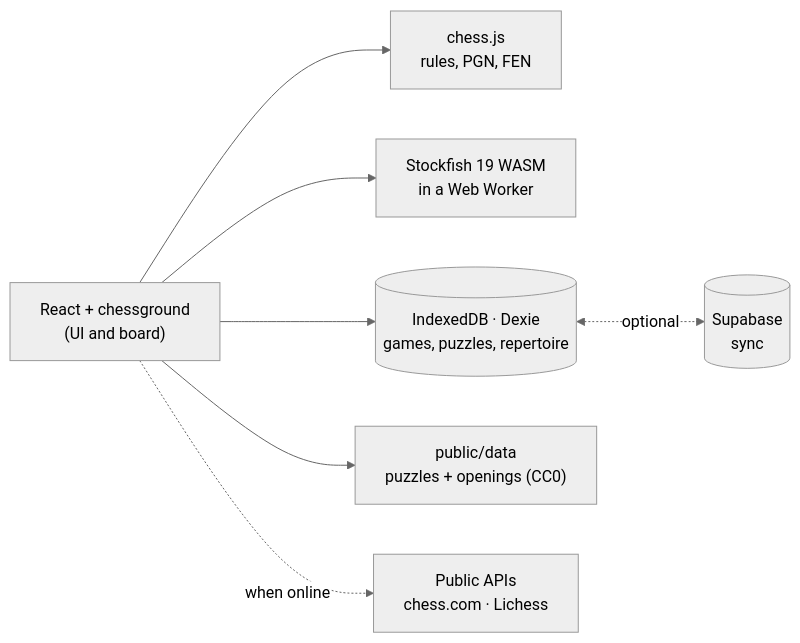
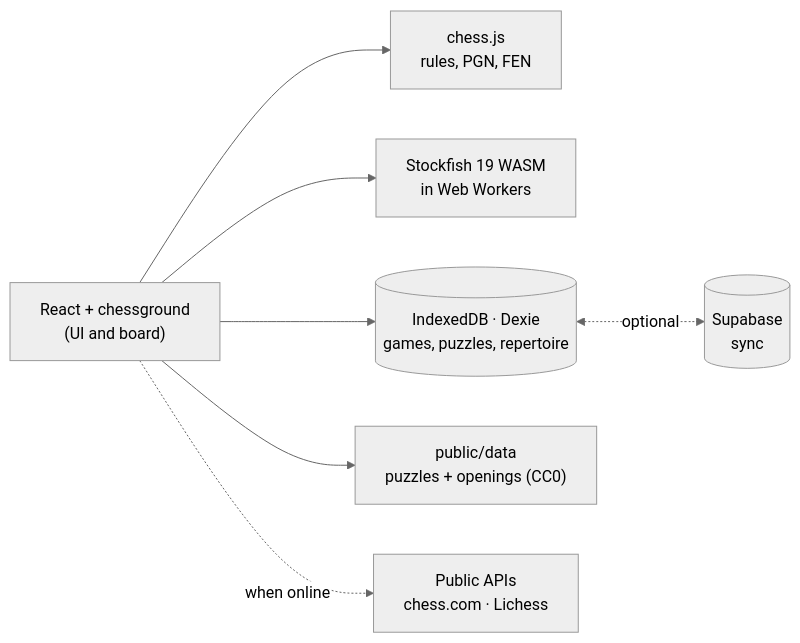
Before and after one commit to jupiutrera/open-chess: the diagram in README.en.md, drawn with Mermaid (neutral theme). The commit also changed other lines of this file and 14 other files, not shown here.

````diff
--- a/README.en.md
+++ b/README.en.md
@@ -62,9 +107,9 @@
 ```mermaid
 flowchart LR
   UI["React + chessground<br/>(UI and board)"] --> CJ["chess.js<br/>rules, PGN, FEN"]
-  UI --> SF["Stockfish 19 WASM<br/>in a Web Worker"]
+  UI --> SF["Stockfish 19 WASM<br/>in Web Workers"]
   UI --> DB[("IndexedDB · Dexie<br/>games, puzzles, repertoire")]
   DB <-.->|optional| SB[("Supabase<br/>sync")]
   UI --> DATA["public/data<br/>puzzles + openings (CC0)"]
   UI -.->|when online| API["Public APIs<br/>chess.com · Lichess"]
 ```
````
